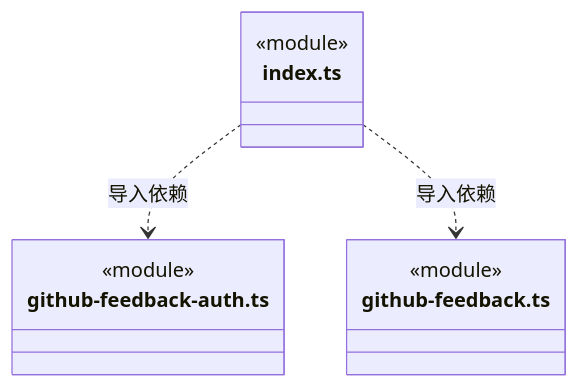
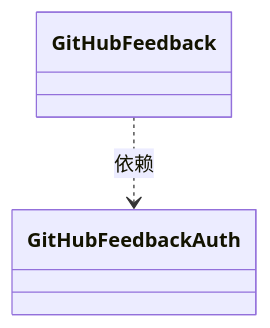
One commit to nan023062/cbim changed the diagram in src/logic/feedback/service/ARCHITECTURE.md. Above: the diagram before and after it, drawn with Mermaid. The commit also changed other lines of this file and 158 other files, not shown here.

Commit message:
docs: model architecture through nested virtual encapsulations

````diff
--- a/src/logic/feedback/service/ARCHITECTURE.md
+++ b/src/logic/feedback/service/ARCHITECTURE.md
@@ -300,14 +20,8 @@
 ```mermaid
 classDiagram
-class N_src_logic_feedback_service_index_ts["index.ts"] {
-  <<module>>
-}
-class N_src_logic_feedback_service_github_feedback_auth_ts["github-feedback-auth.ts"] {
-  <<module>>
-}
-class N_src_logic_feedback_service_github_feedback_ts["github-feedback.ts"] {
-  <<module>>
-}
-N_src_logic_feedback_service_index_ts ..> N_src_logic_feedback_service_github_feedback_auth_ts : 导入依赖
-N_src_logic_feedback_service_index_ts ..> N_src_logic_feedback_service_github_feedback_ts : 导入依赖
+class N_0353e276ba31["GitHubFeedback"]
+click N_0353e276ba31 href "github-feedback.ts"
+class N_9f640509d92f["GitHubFeedbackAuth"]
+click N_9f640509d92f href "github-feedback-auth.ts"
+N_0353e276ba31 ..> N_9f640509d92f : 依赖
 ```
````
